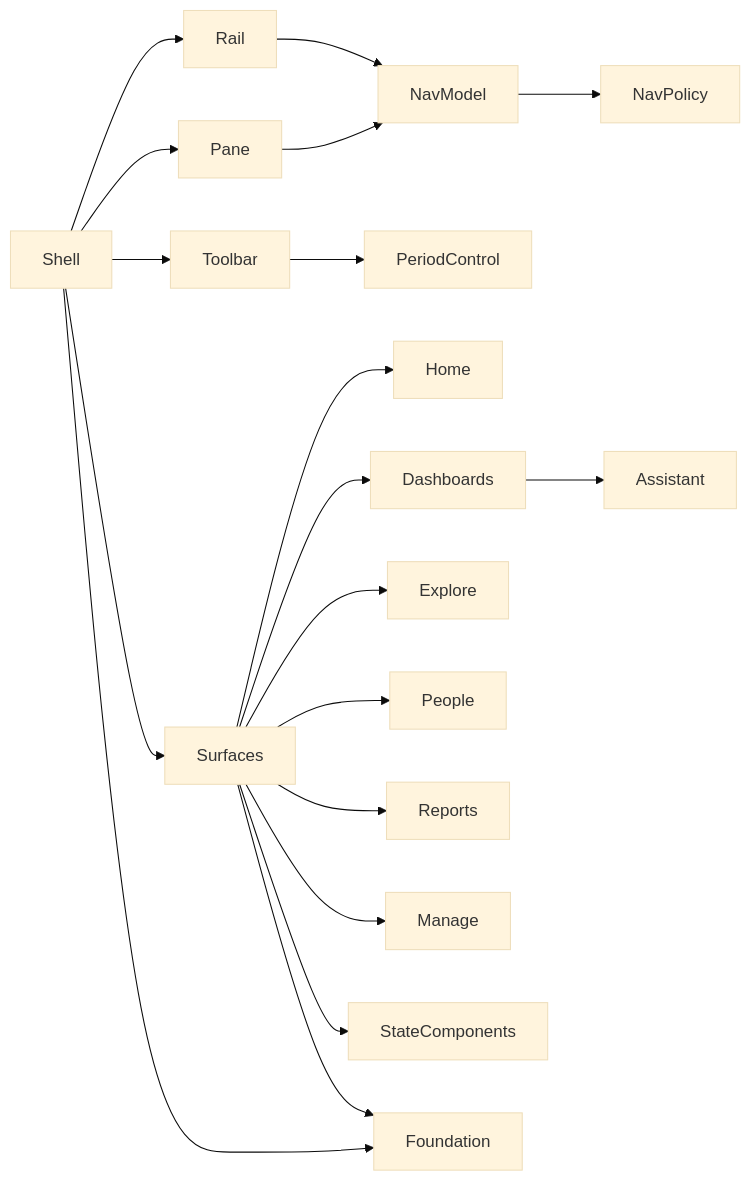
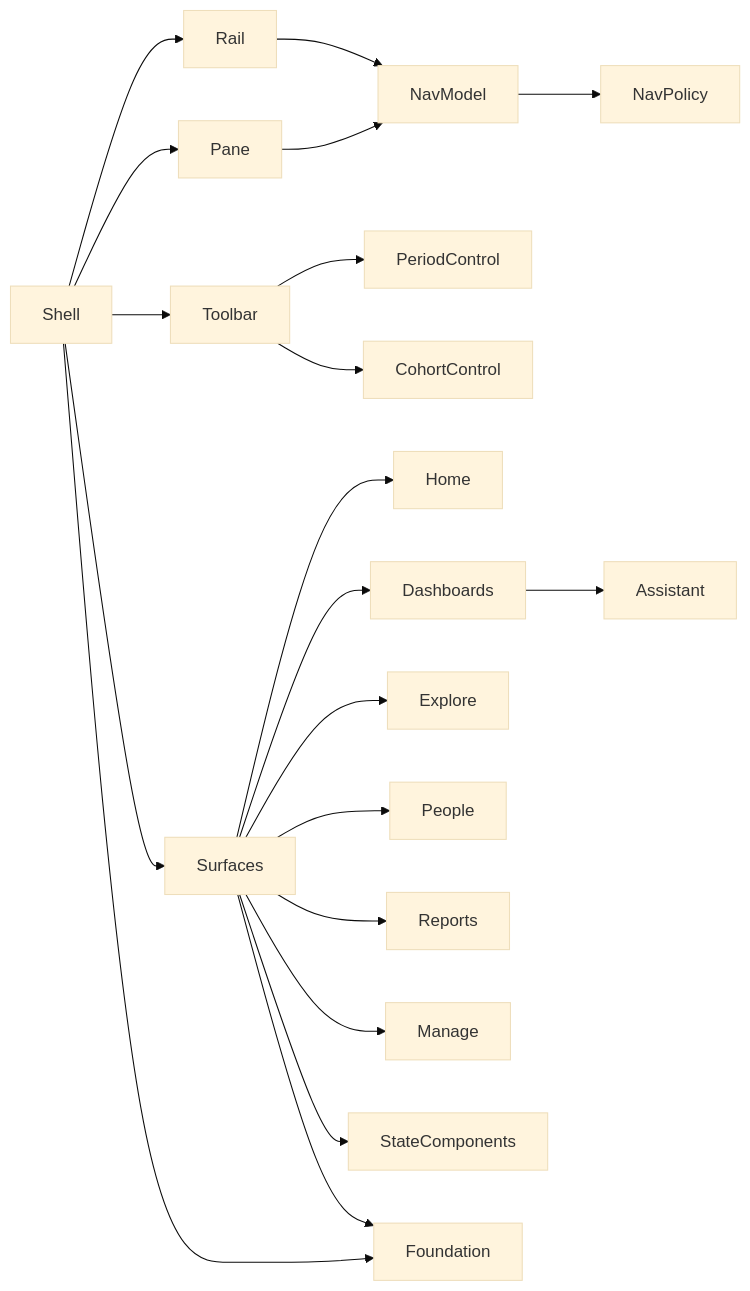
The second of 5 diagrams in docs/components/frontend/specs/DESIGN.md (constructorfabric/insight), drawn with Mermaid (base theme) before and after one commit. The commit also changed other lines of this file and 1 other file, not shown here.

Commit message:
docs(frontend): place the cohort control beside the period control

````diff
--- a/docs/components/frontend/specs/DESIGN.md
+++ b/docs/components/frontend/specs/DESIGN.md
@@ -211,21 +212,22 @@
 ```mermaid
 flowchart LR
   Shell --> Rail
   Shell --> Pane
   Shell --> Toolbar
   Toolbar --> PeriodControl
+  Toolbar --> CohortControl
   Shell --> Surfaces
   Surfaces --> Home
   Surfaces --> Dashboards
   Surfaces --> Explore
   Surfaces --> People
   Surfaces --> Reports
   Surfaces --> Manage
   Dashboards --> Assistant
   Surfaces --> StateComponents
   Rail --> NavModel
   Pane --> NavModel
   NavModel --> NavPolicy
   Surfaces --> Foundation
   Shell --> Foundation
 ```
````
